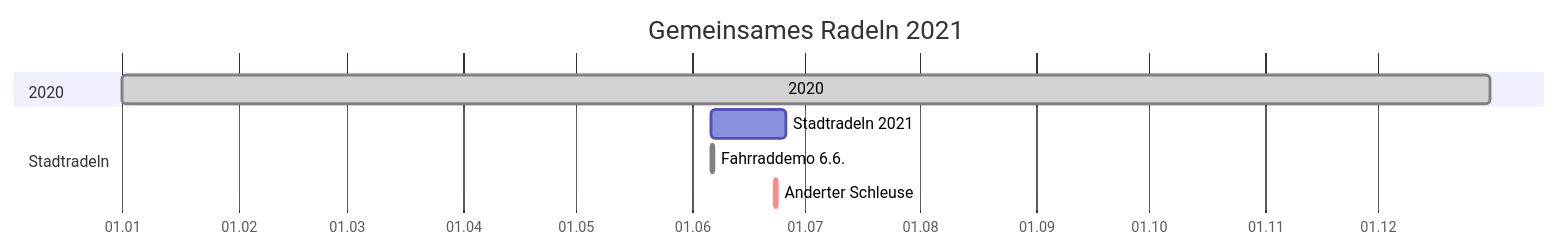
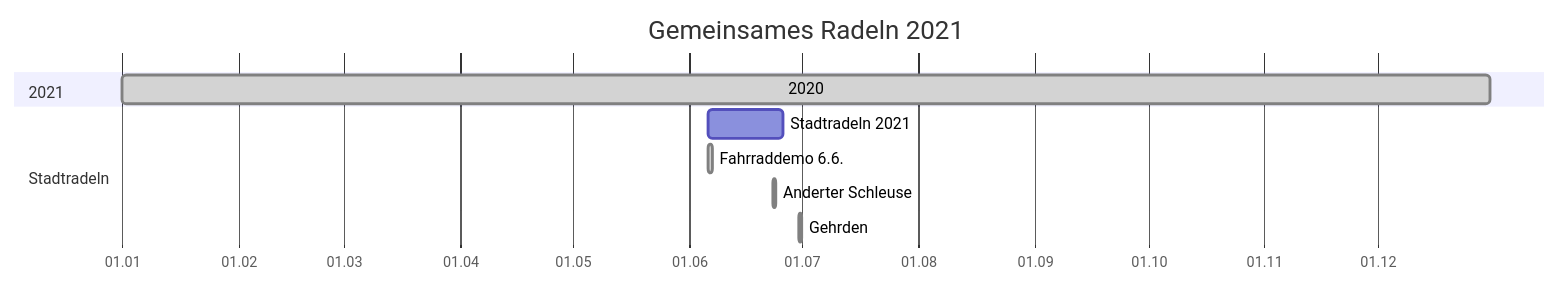
Before and after one commit to adfc-hemmingen-pattensen/adfc-hemmingen-pattensen.github.io: the first of 2 diagrams in index.md, drawn with Mermaid. The commit also changed other lines of this file and 1 other file, not shown here.

````diff
--- a/index.md
+++ b/index.md
@@ -143,14 +216,15 @@
 ``` mermaid
 gantt
 dateFormat  YYYY-MM-DD
 title Gemeinsames Radeln 2021
 axisFormat  %d.%m
 
-section 2020
-2020: done, 2020-01-01, 2020-12-31
+section 2021
+2020: done, 2021-01-01, 2021-12-31
 section Stadtradeln
-Stadtradeln 2021: 2020-06-06, 2020-06-26
-Fahrraddemo 6.6.: done, 2020-06-06, 1d 
-Anderter Schleuse: crit, 2020-06-23, 1d
+Stadtradeln 2021:  2021-06-06, 2021-06-26
+Fahrraddemo 6.6.:  done, 2021-06-06, 1d
+Anderter Schleuse: done, 2021-06-23, 1d
+Gehrden:           done, 2021-06-30, 1d
 
 ```
````
